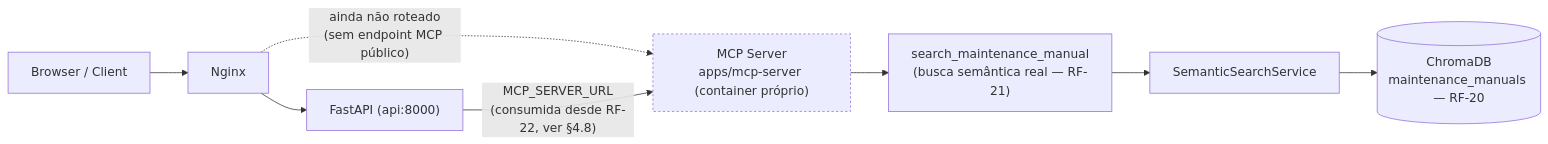
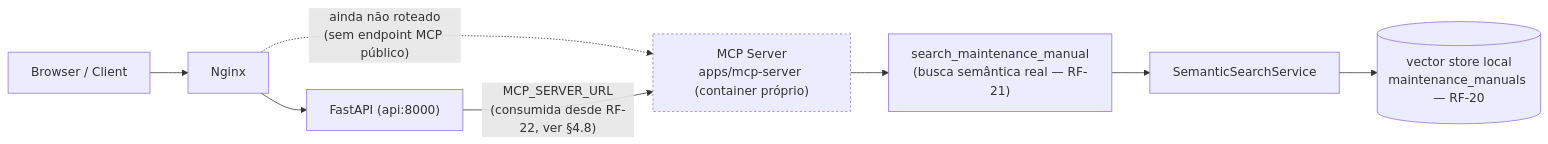
Before and after one commit to ronaldosimeone/tcc-project: the fourth of 15 diagrams in README.md, drawn with Mermaid. The commit also changed other lines of this file and 31 other files, not shown here.

````diff
--- a/README.md
+++ b/README.md
@@ -497,13 +497,13 @@
 ```mermaid
 flowchart LR
     C["Browser / Client"] --> N["Nginx"]
     N --> API["FastAPI (api:8000)"]
     N -.->|"ainda não roteado<br/>(sem endpoint MCP público)"| MCP
 
     API -->|"MCP_SERVER_URL<br/>(consumida desde RF-22, ver §4.8)"| MCP["MCP Server<br/>apps/mcp-server (container próprio)"]
     MCP --> TOOL["search_maintenance_manual<br/>(busca semântica real — RF-21)"]
     TOOL --> SVC["SemanticSearchService"]
-    SVC --> CHROMA[("ChromaDB<br/>maintenance_manuals — RF-20")]
+    SVC --> CHROMA[("vector store local<br/>maintenance_manuals — RF-20")]
 
     style MCP stroke-dasharray: 3 3
 ```
````
